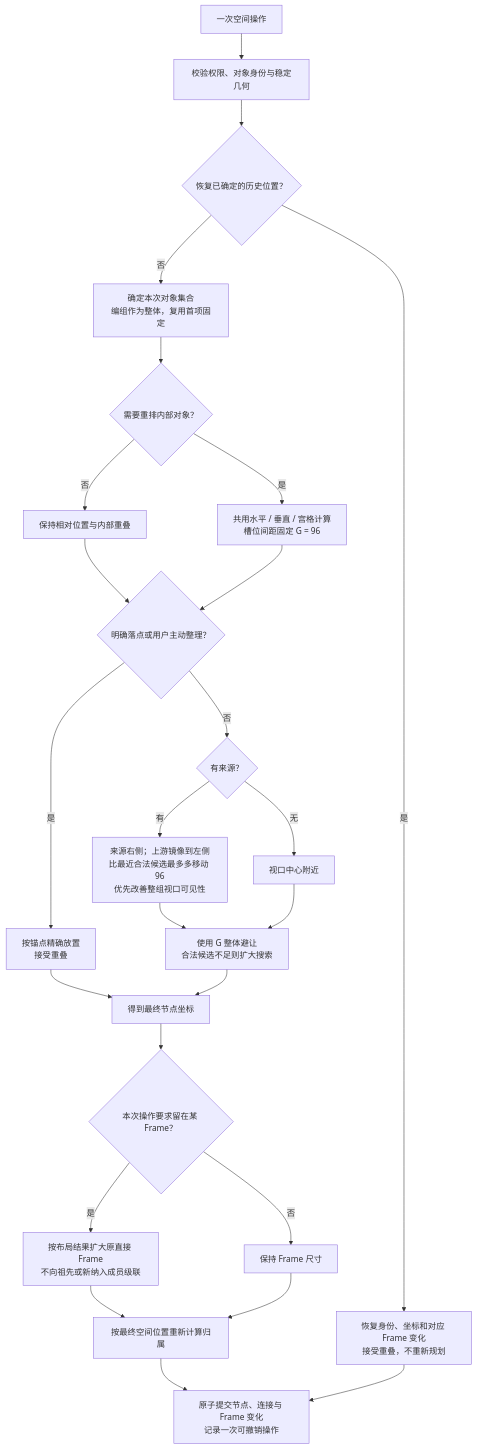
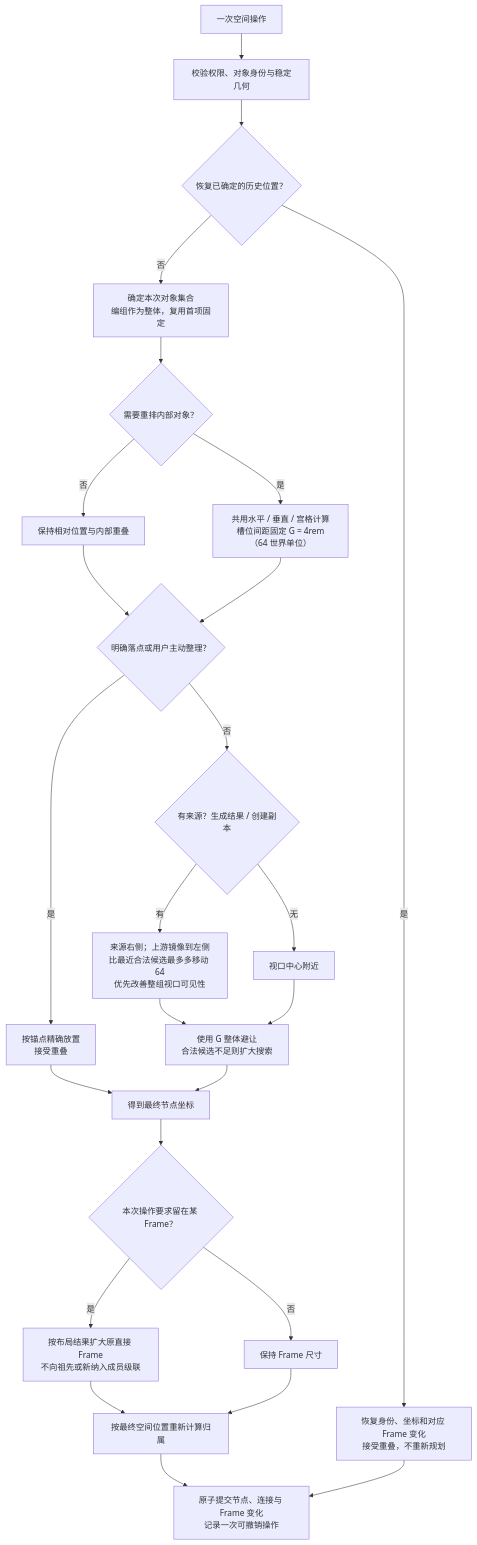
Before and after one commit to lazyq666/reroll-ai-canvas: the first of 2 diagrams in docs/active/2026-09-05-smart-canvas-unified-spatial-layout-spec.md, drawn with Mermaid. The commit also changed other lines of this file and 88 other files, not shown here.

````diff
--- a/docs/active/2026-09-05-smart-canvas-unified-spatial-layout-spec.md
+++ b/docs/active/2026-09-05-smart-canvas-unified-spatial-layout-spec.md
@@ -103,27 +104,27 @@
 ```mermaid
 flowchart TD
     A["一次空间操作"] --> B["校验权限、对象身份与稳定几何"]
     B --> B1{"恢复已确定的历史位置？"}
     B1 -->|"是"| B2["恢复身份、坐标和对应 Frame 变化<br/>接受重叠，不重新规划"]
     B1 -->|"否"| C["确定本次对象集合<br/>编组作为整体，复用首项固定"]
     C --> D{"需要重排内部对象？"}
     D -->|"否"| E["保持相对位置与内部重叠"]
-    D -->|"是"| F["共用水平 / 垂直 / 宫格计算<br/>槽位间距固定 G = 96"]
+    D -->|"是"| F["共用水平 / 垂直 / 宫格计算<br/>槽位间距固定 G = 4rem（64 世界单位）"]
     E --> G{"明确落点或用户主动整理？"}
     F --> G
     G -->|"是"| H["按锚点精确放置<br/>接受重叠"]
-    G -->|"否"| I{"有来源？"}
-    I -->|"有"| J["来源右侧；上游镜像到左侧<br/>比最近合法候选最多多移动 96<br/>优先改善整组视口可见性"]
+    G -->|"否"| I{"有来源？生成结果 / 创建副本"}
+    I -->|"有"| J["来源右侧；上游镜像到左侧<br/>比最近合法候选最多多移动 64<br/>优先改善整组视口可见性"]
     I -->|"无"| K["视口中心附近"]
     J --> L["使用 G 整体避让<br/>合法候选不足则扩大搜索"]
     K --> L
     H --> M["得到最终节点坐标"]
     L --> M
     M --> N{"本次操作要求留在某 Frame？"}
     N -->|"是"| O["按布局结果扩大原直接 Frame<br/>不向祖先或新纳入成员级联"]
     N -->|"否"| P["保持 Frame 尺寸"]
     O --> Q["按最终空间位置重新计算归属"]
     P --> Q
     Q --> R["原子提交节点、连接与 Frame 变化<br/>记录一次可撤销操作"]
     B2 --> R
 ```
````
